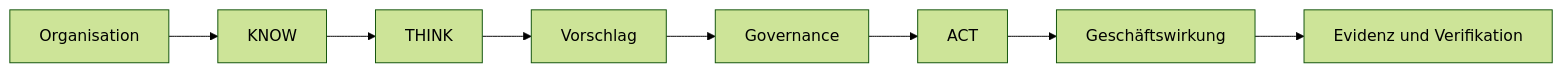
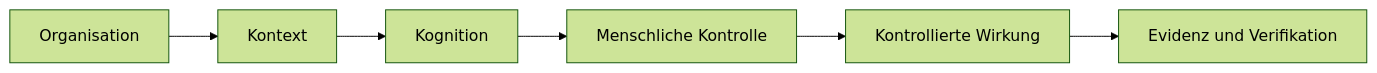
One commit to baum777/unitera_public_docs changed the diagram in docs/de/presentation/executive-overview.md. Above: the diagram before and after it, drawn with Mermaid (forest theme). The commit also changed other lines of this file and 66 other files, not shown here.

````diff
--- a/docs/de/presentation/executive-overview.md
+++ b/docs/de/presentation/executive-overview.md
@@ -14,10 +11,8 @@
 ```mermaid
 flowchart LR
-    O[Organisation] --> K[KNOW]
-    K --> T[THINK]
-    T --> P[Vorschlag]
-    P --> G[Governance]
-    G --> A[ACT]
-    A --> B[Geschäftswirkung]
-    B --> E[Evidenz und Verifikation]
+    O["Organisation"] --> K["Kontext"]
+    K --> C["Kognition"]
+    C --> H["Menschliche Kontrolle"]
+    H --> E["Kontrollierte Wirkung"]
+    E --> V["Evidenz und Verifikation"]
 ```
````
